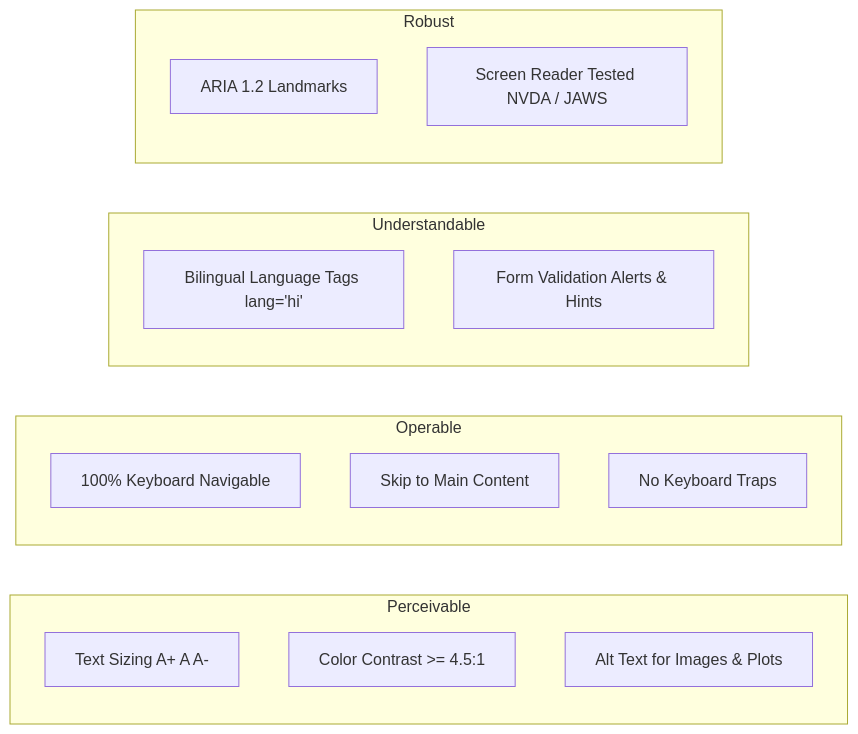
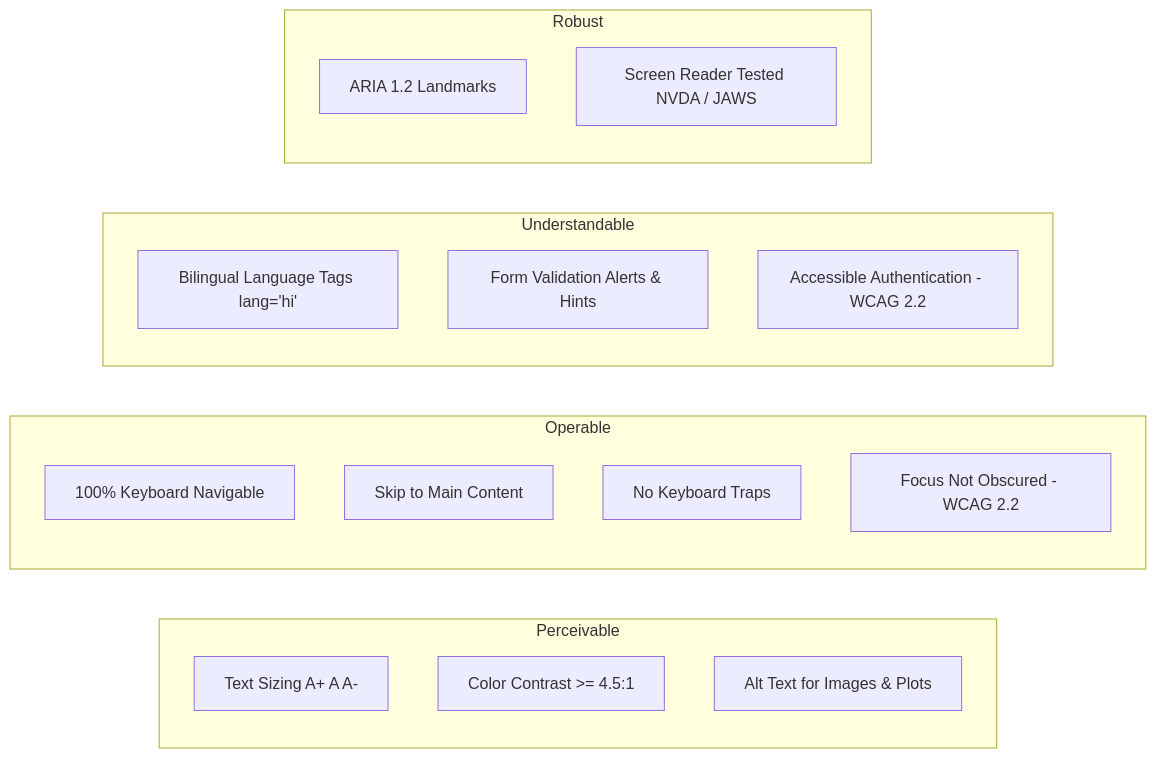
One commit to akash-vishwakarma-akashaveda/istrac-fms changed the second of 5 diagrams in documents/ISRO_ISTRAC_COMPLIANCE_EVALUATION_REPORT.md. Above: the diagram before and after it, drawn with Mermaid. The commit also changed other lines of this file and 15 other files, not shown here.

````diff
--- a/documents/ISRO_ISTRAC_COMPLIANCE_EVALUATION_REPORT.md
+++ b/documents/ISRO_ISTRAC_COMPLIANCE_EVALUATION_REPORT.md
@@ -66,21 +74,23 @@
 ```mermaid
 graph LR
     subgraph "Perceivable"
         A1[Text Sizing A+ A A-]
         A2[Color Contrast >= 4.5:1]
         A3[Alt Text for Images & Plots]
     end
     subgraph "Operable"
         B1[100% Keyboard Navigable]
         B2[Skip to Main Content]
         B3[No Keyboard Traps]
+        B4[Focus Not Obscured - WCAG 2.2]
     end
     subgraph "Understandable"
         C1[Bilingual Language Tags lang='hi']
         C2[Form Validation Alerts & Hints]
+        C3[Accessible Authentication - WCAG 2.2]
     end
     subgraph "Robust"
         D1[ARIA 1.2 Landmarks]
         D2[Screen Reader Tested NVDA / JAWS]
     end
 ```
````
